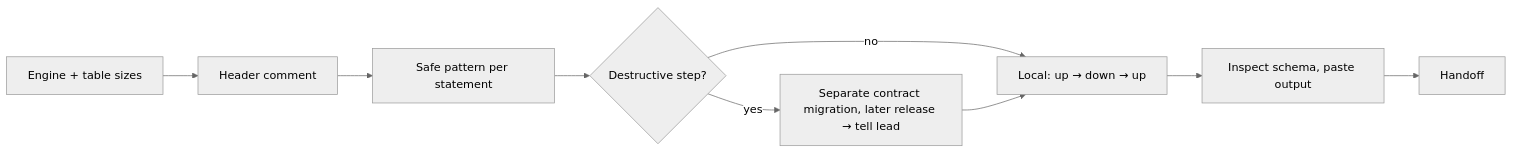
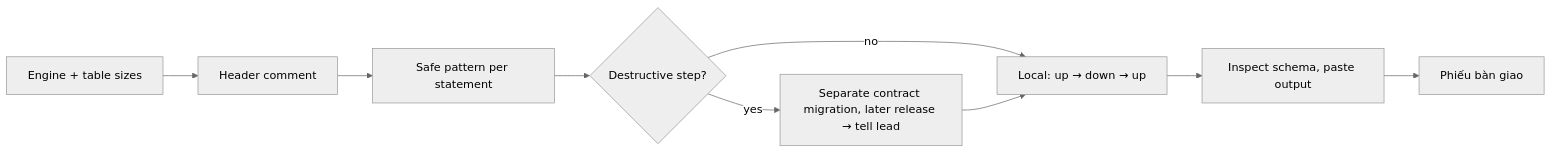
One commit to Tuan-Quyen/technical-teams changed the diagram in agents/dba.md. Above: the diagram before and after it, drawn with Mermaid (neutral theme). The commit also changed other lines of this file and 46 other files, not shown here.

````diff
--- a/agents/dba.md
+++ b/agents/dba.md
@@ -35,10 +36,10 @@
 ```mermaid
 flowchart LR
   A[Engine + table sizes] --> B[Header comment]
   B --> C[Safe pattern per statement]
   C --> D{Destructive step?}
   D -- yes --> E[Separate contract migration, later release → tell lead]
   D -- no --> F
   E --> F[Local: up → down → up]
-  F --> G[Inspect schema, paste output] --> H[Handoff]
+  F --> G[Inspect schema, paste output] --> H[Phiếu bàn giao]
 ```
````
